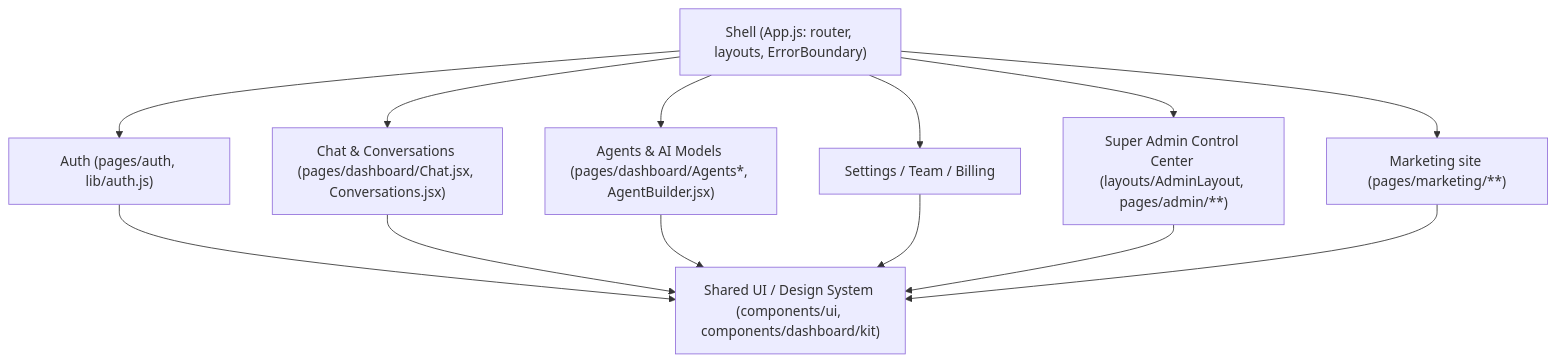
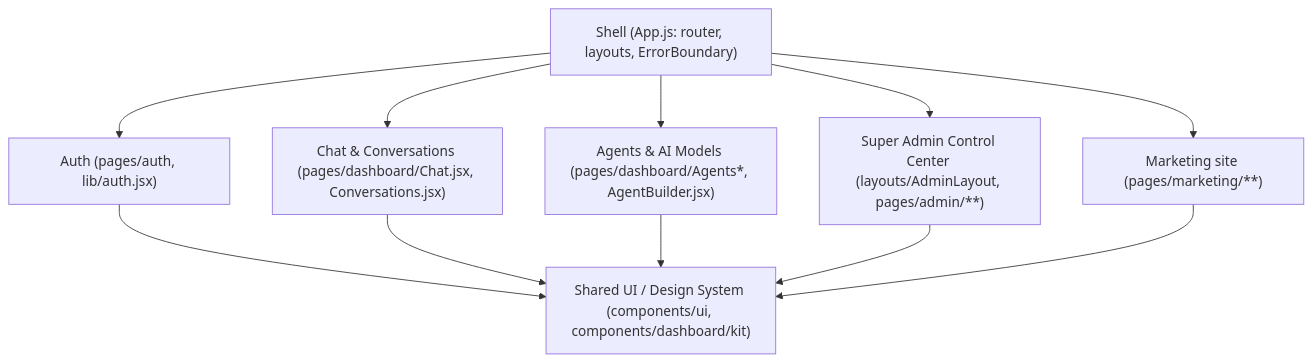
Before and after one commit to OraOneHQ/oraone-web: the second of 17 diagrams in docs/ARCHITECTURE.md, drawn with Mermaid. The commit also changed other lines of this file, not shown here.

````diff
--- a/docs/ARCHITECTURE.md
+++ b/docs/ARCHITECTURE.md
@@ -72,24 +110,21 @@
 ```mermaid
 flowchart TD
     Shell["Shell (App.js: router, layouts, ErrorBoundary)"]
-    Auth["Auth (pages/auth, lib/auth.js)"]
+    Auth["Auth (pages/auth, lib/auth.jsx)"]
     Chat["Chat & Conversations (pages/dashboard/Chat.jsx, Conversations.jsx)"]
     Agents["Agents & AI Models (pages/dashboard/Agents*, AgentBuilder.jsx)"]
-    Settings["Settings / Team / Billing"]
     Admin["Super Admin Control Center (layouts/AdminLayout, pages/admin/**)"]
     Marketing["Marketing site (pages/marketing/**)"]
     Shared["Shared UI / Design System (components/ui, components/dashboard/kit)"]
 
     Shell --> Auth
     Shell --> Chat
     Shell --> Agents
-    Shell --> Settings
     Shell --> Admin
     Shell --> Marketing
     Auth --> Shared
     Chat --> Shared
     Agents --> Shared
-    Settings --> Shared
     Admin --> Shared
     Marketing --> Shared
 ```
````
